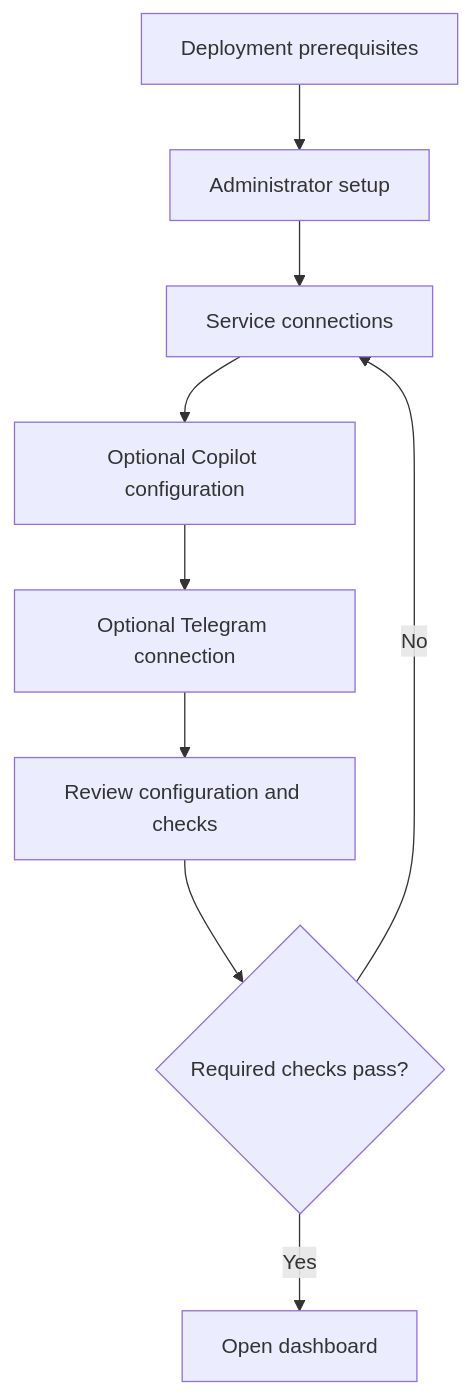
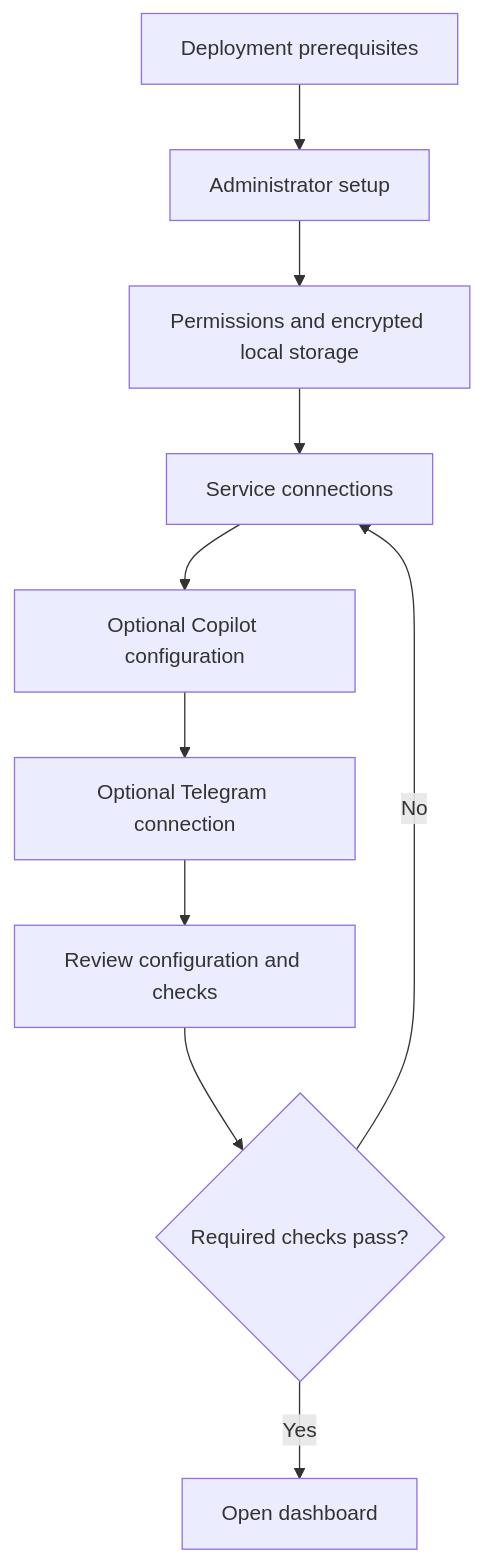
Before and after one commit to SYRRUS-Ali/Bantis: the diagram in docs/wizard-dashboard-design.md, drawn with Mermaid. The commit also changed other lines of this file and 3 other files, not shown here.

Commit message:
docs: document permissions and encrypted storage

````diff
--- a/docs/wizard-dashboard-design.md
+++ b/docs/wizard-dashboard-design.md
@@ -58,11 +60,12 @@
 ```mermaid
 flowchart TD
     A[Deployment prerequisites] --> B[Administrator setup]
-    B --> C[Service connections]
+    B --> P[Permissions and encrypted local storage]
+    P --> C[Service connections]
     C --> D[Optional Copilot configuration]
     D --> T[Optional Telegram connection]
     T --> E[Review configuration and checks]
     E --> F{Required checks pass?}
     F -->|No| C
     F -->|Yes| G[Open dashboard]
 ```
````
